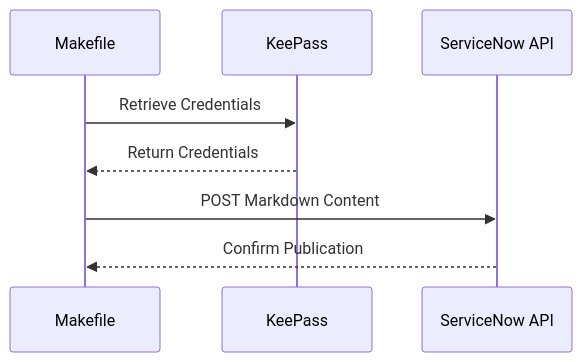
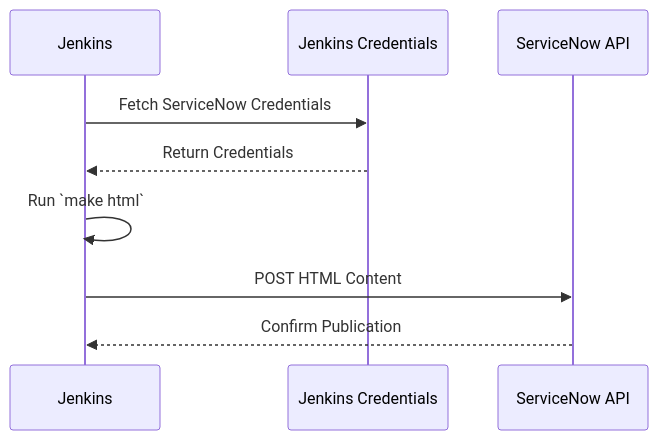
The fourth of 4 diagrams in README.md (buckeye43210/markdown-to-snowkb), drawn with Mermaid before and after one commit. The commit also changed other lines of this file, not shown here.

````diff
--- a/README.md
+++ b/README.md
@@ -142,10 +159,11 @@
 ```mermaid
 sequenceDiagram
-    participant A as Makefile
-    participant B as KeePass
-    participant C as ServiceNow API
-    A->>B: Retrieve Credentials
-    B-->>A: Return Credentials
-    A->>C: POST Markdown Content
-    C-->>A: Confirm Publication
+    participant J as Jenkins
+    participant C as Jenkins Credentials
+    participant S as ServiceNow API
+    J->>C: Fetch ServiceNow Credentials
+    C-->>J: Return Credentials
+    J->>J: Run `make html`
+    J->>S: POST HTML Content
+    S-->>J: Confirm Publication
 ```
````
